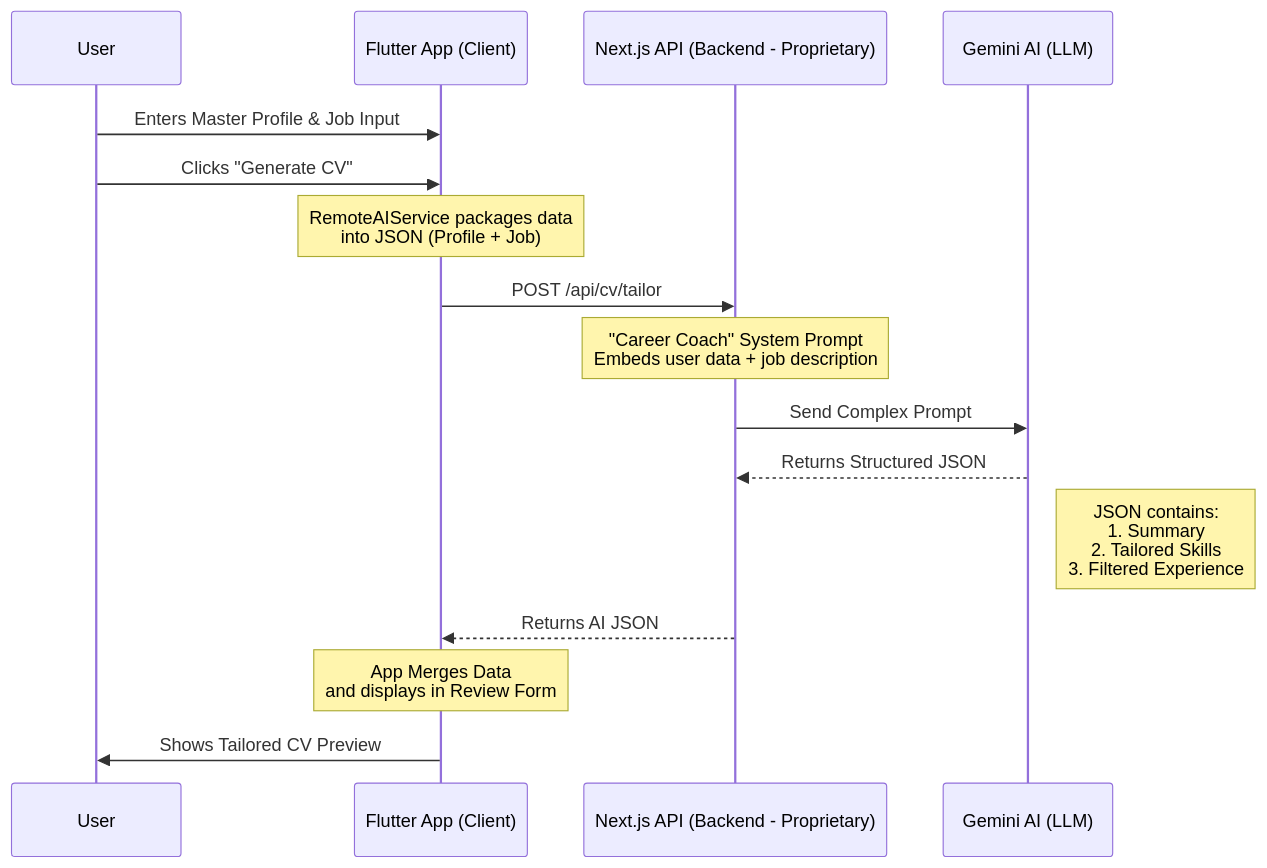
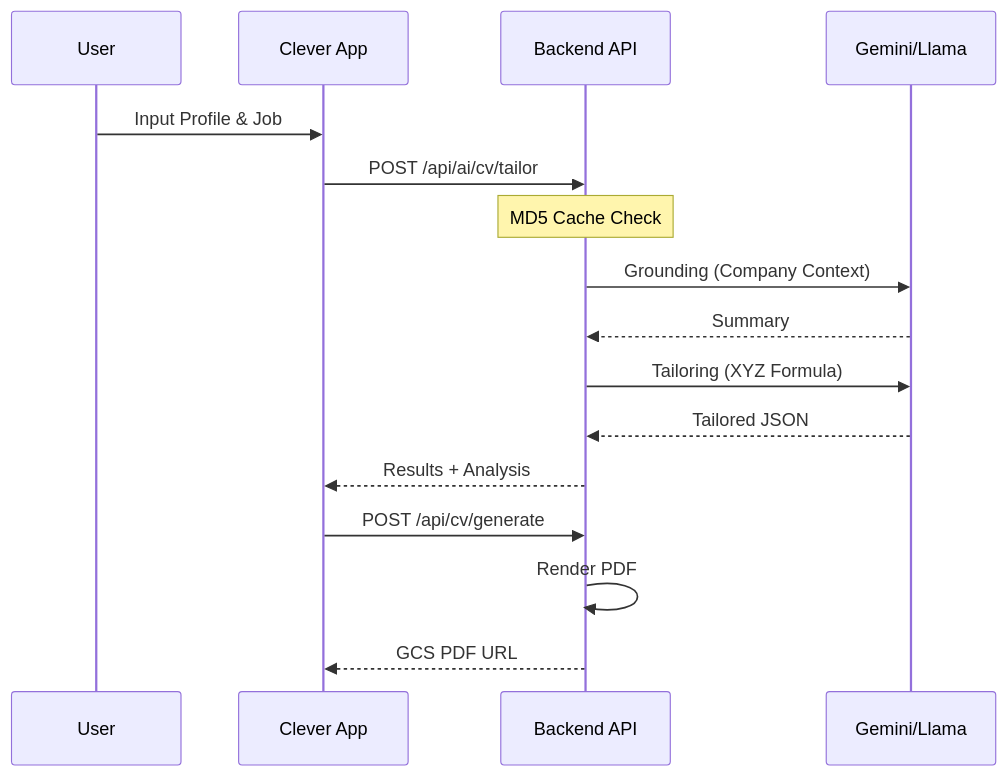
One commit to Amrlmlna/CleVer changed the second of 2 diagrams in README.md. Above: the diagram before and after it, drawn with Mermaid. The commit also changed other lines of this file and 1 other file, not shown here.

Commit message:
docs: modernize README with branding, diagrams, multi-language support, and portfolio disclaimer

````diff
--- a/README.md
+++ b/README.md
@@ -30,27 +88,19 @@
 ```mermaid
 sequenceDiagram
     participant User
-    participant Flutter as Flutter App (Client)
-    participant NextJS as Next.js API (Backend - Proprietary)
-    participant Gemini as Gemini AI (LLM)
+    participant App as Clever App
+    participant API as Backend API
+    participant AI as Gemini/Llama
 
-    User->>Flutter: Enters Master Profile & Job Input
-    User->>Flutter: Clicks "Generate CV"
-    
-    Note over Flutter: RemoteAIService packages data<br/>into JSON (Profile + Job)
-    
-    Flutter->>NextJS: POST /api/cv/tailor
-    
-    Note over NextJS: "Career Coach" System Prompt<br/>Embeds user data + job description
-    
-    NextJS->>Gemini: Send Complex Prompt
-    Gemini-->>NextJS: Returns Structured JSON
-    
-    Note right of Gemini: JSON contains:<br/>1. Summary<br/>2. Tailored Skills<br/>3. Filtered Experience
-    
-    NextJS-->>Flutter: Returns AI JSON
-    
-    Note over Flutter: App Merges Data<br/>and displays in Review Form
-    
-    Flutter->>User: Shows Tailored CV Preview
+    User->>App: Input Profile & Job
+    App->>API: POST /api/ai/cv/tailor
+    Note over API: MD5 Cache Check
+    API->>AI: Grounding (Company Context)
+    AI-->>API: Summary
+    API->>AI: Tailoring (XYZ Formula)
+    AI-->>API: Tailored JSON
+    API-->>App: Results + Analysis
+    App->>API: POST /api/cv/generate
+    API->>API: Render PDF
+    API-->>App: GCS PDF URL
 ```
````
